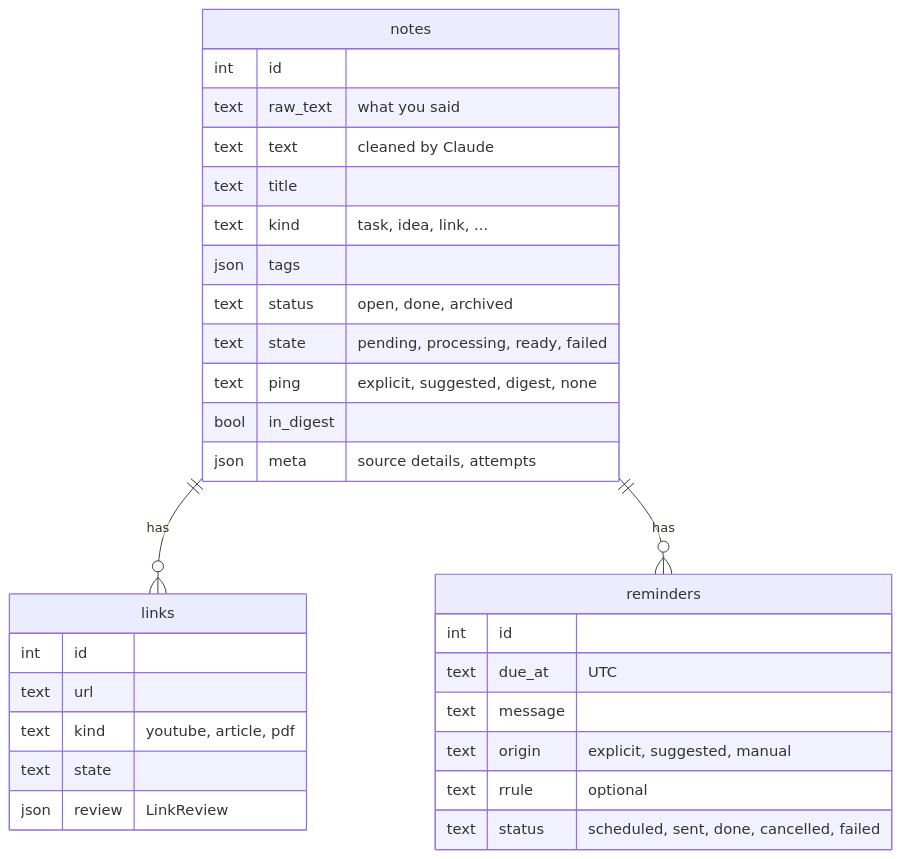
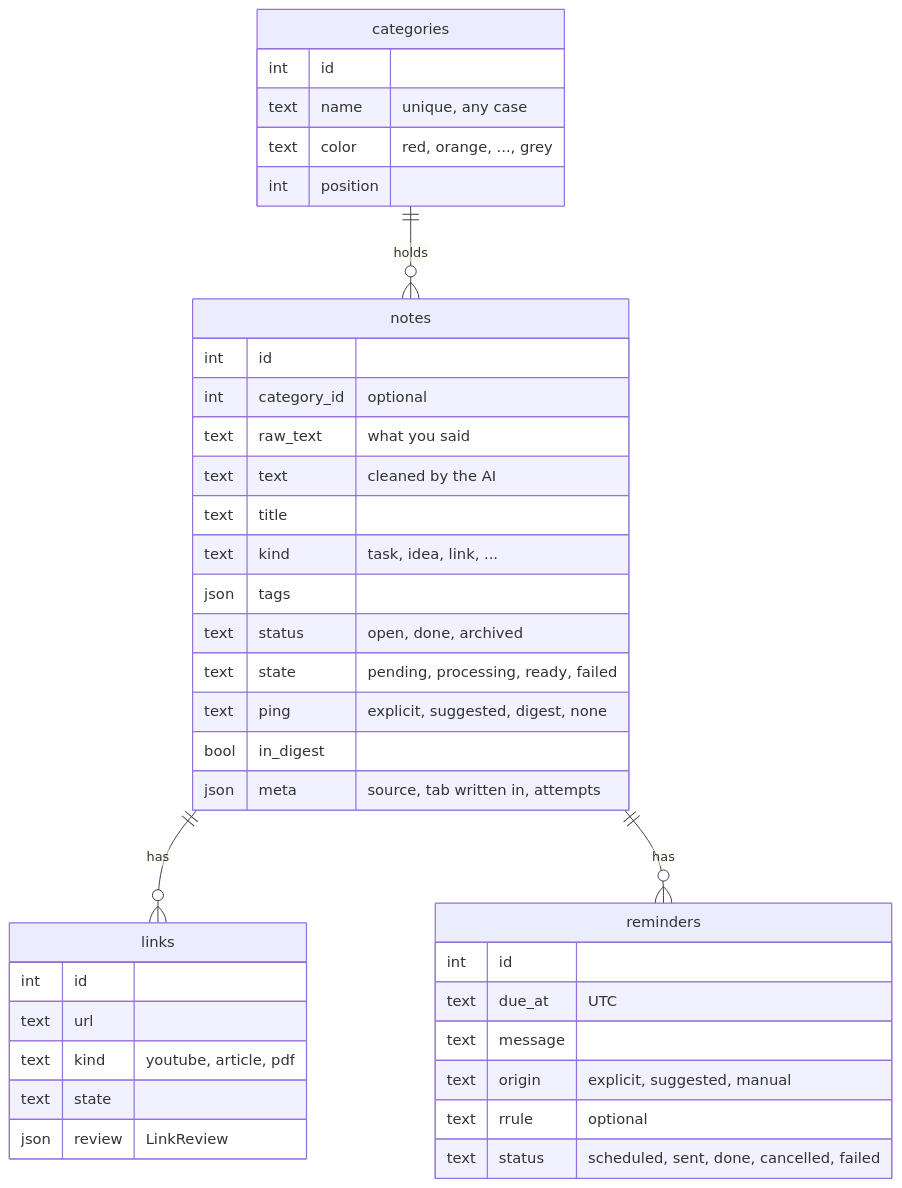
One commit to Coder-ux-coder/magpie changed the third of 3 diagrams in docs/architecture.md. Above: the diagram before and after it, drawn with Mermaid. The commit also changed other lines of this file and 78 other files, not shown here.

````diff
--- a/docs/architecture.md
+++ b/docs/architecture.md
@@ -116,33 +123,41 @@
 ```mermaid
 erDiagram
+    categories ||--o{ notes : holds
     notes ||--o{ links : has
     notes ||--o{ reminders : has
+    categories {
+        int id
+        text name "unique, any case"
+        text color "red, orange, ..., grey"
+        int position
+    }
     notes {
         int id
+        int category_id "optional"
         text raw_text "what you said"
-        text text "cleaned by Claude"
+        text text "cleaned by the AI"
         text title
         text kind "task, idea, link, ..."
         json tags
         text status "open, done, archived"
         text state "pending, processing, ready, failed"
         text ping "explicit, suggested, digest, none"
         bool in_digest
-        json meta "source details, attempts"
+        json meta "source, tab written in, attempts"
     }
     links {
         int id
         text url
         text kind "youtube, article, pdf"
         text state
         json review "LinkReview"
     }
     reminders {
         int id
         text due_at "UTC"
         text message
         text origin "explicit, suggested, manual"
         text rrule "optional"
         text status "scheduled, sent, done, cancelled, failed"
     }
 ```
````
